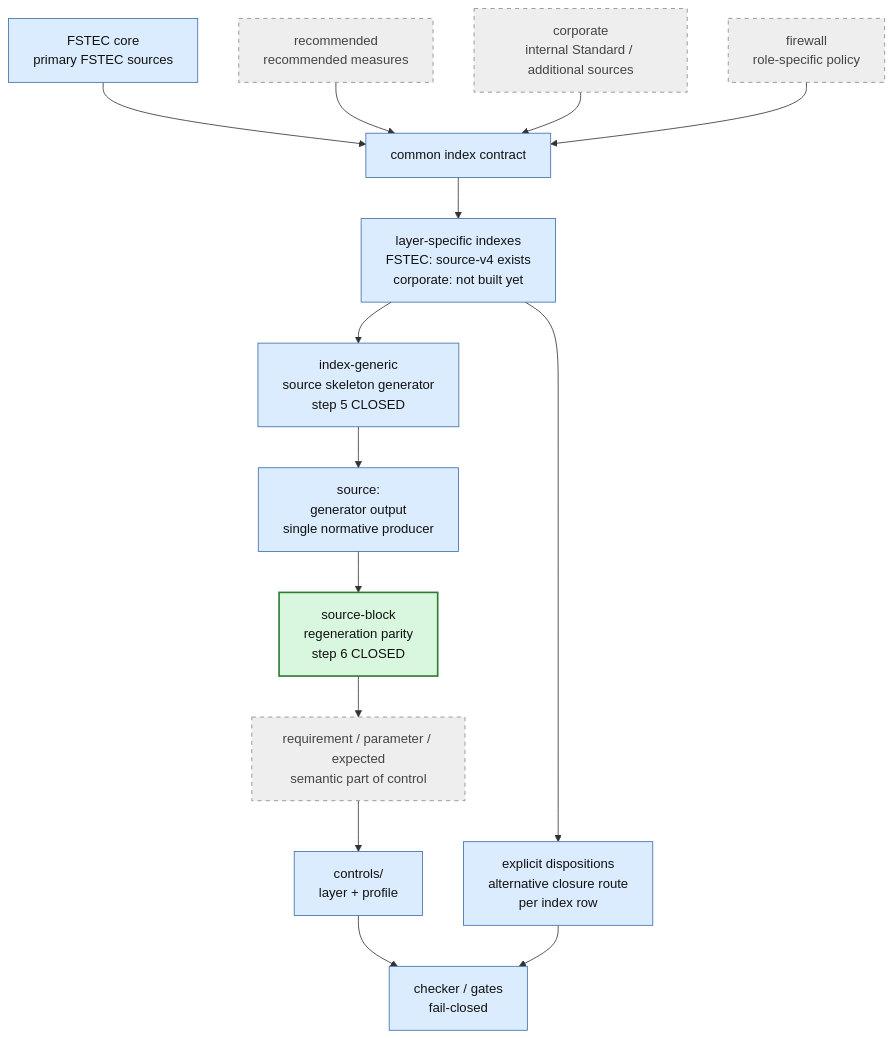
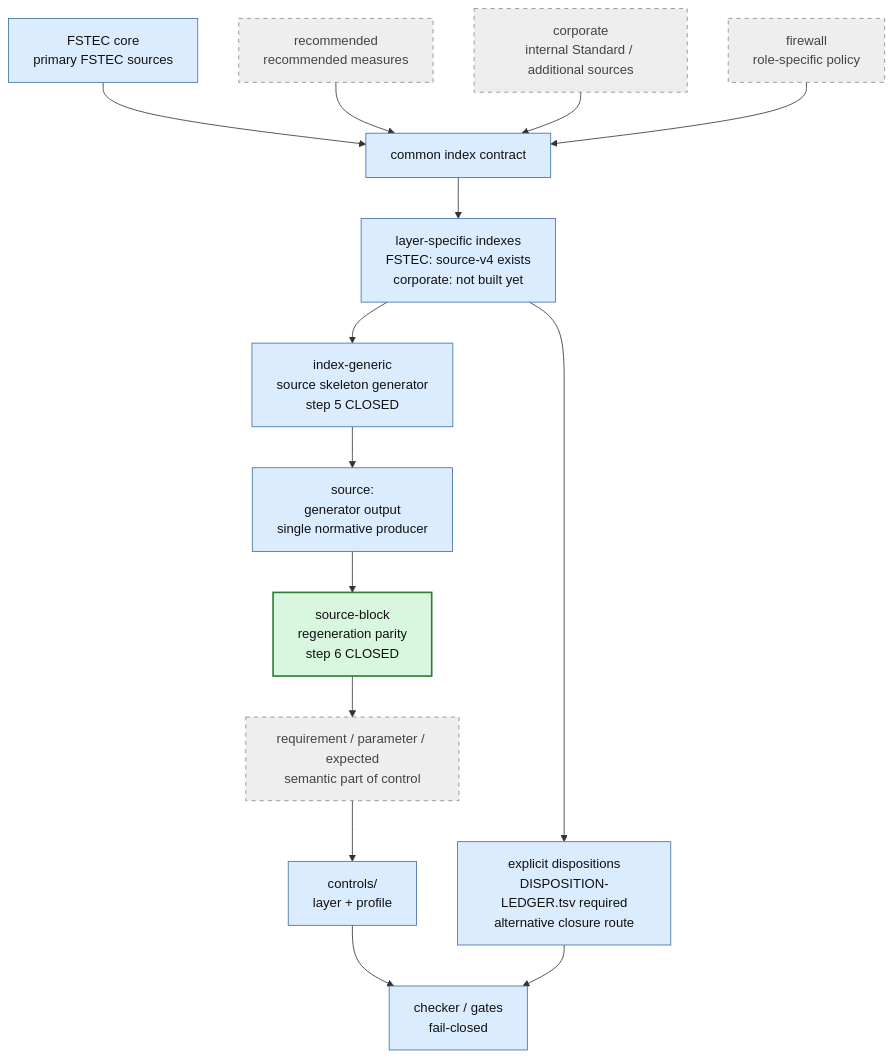
Before and after one commit to rasav65/SecureLinux-Policy: the second of 5 diagrams in docs/PROJECT-MAP-v3.md, drawn with Mermaid. The commit also changed other lines of this file and 16 other files, not shown here.

Commit message:
feat: harden disposition closure contract

````diff
--- a/docs/PROJECT-MAP-v3.md
+++ b/docs/PROJECT-MAP-v3.md
@@ -154,28 +155,28 @@
 ```mermaid
 flowchart TB
     FSTEC["FSTEC core<br/>primary FSTEC sources"]:::component
     RECOMMENDED["recommended<br/>recommended measures"]:::future
     CORPORATE["corporate<br/>internal Standard / additional sources"]:::future
     FIREWALL["firewall<br/>role-specific policy"]:::future
 
     FSTEC --> CONTRACT["common index contract"]:::component
     RECOMMENDED --> CONTRACT
     CORPORATE --> CONTRACT
     FIREWALL --> CONTRACT
 
     CONTRACT --> INDEXES["layer-specific indexes<br/>FSTEC: source-v4 exists<br/>corporate: not built yet"]:::component
     INDEXES --> GENERATOR["index-generic<br/>source skeleton generator<br/>step 5 CLOSED"]:::component
     GENERATOR --> SOURCE["source:<br/>generator output<br/>single normative producer"]:::component
     SOURCE --> PARITY["source-block<br/>regeneration parity<br/>step 6 CLOSED"]:::closed
     PARITY --> SEM["requirement / parameter / expected<br/>semantic part of control"]:::future
     SEM --> CONTROLS["controls/<br/>layer + profile"]:::component
     CONTROLS --> CHECKER["checker / gates<br/>fail-closed"]:::component
 
-    DISP2["explicit dispositions<br/>alternative closure route<br/>per index row"]:::component
+    DISP2["explicit dispositions<br/>DISPOSITION-LEDGER.tsv required<br/>alternative closure route"]:::component
     INDEXES --> DISP2
     DISP2 --> CHECKER
 
     classDef closed fill:#d9f7df,stroke:#2f7d32,color:#111,stroke-width:2px;
     classDef component fill:#dcecff,stroke:#3e6ea8,color:#111;
     classDef future fill:#eeeeee,stroke:#888,color:#444,stroke-dasharray: 5 5;
 ```
````
